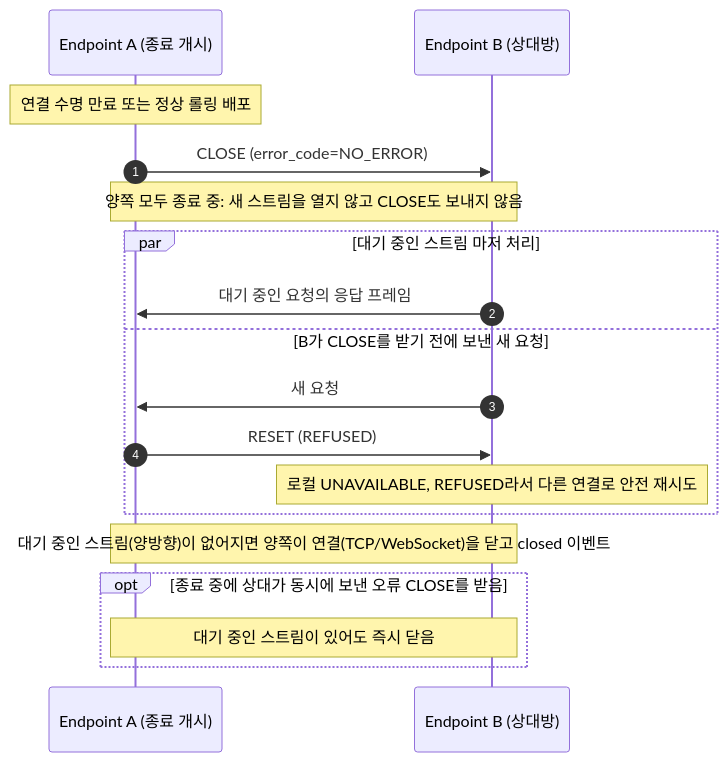
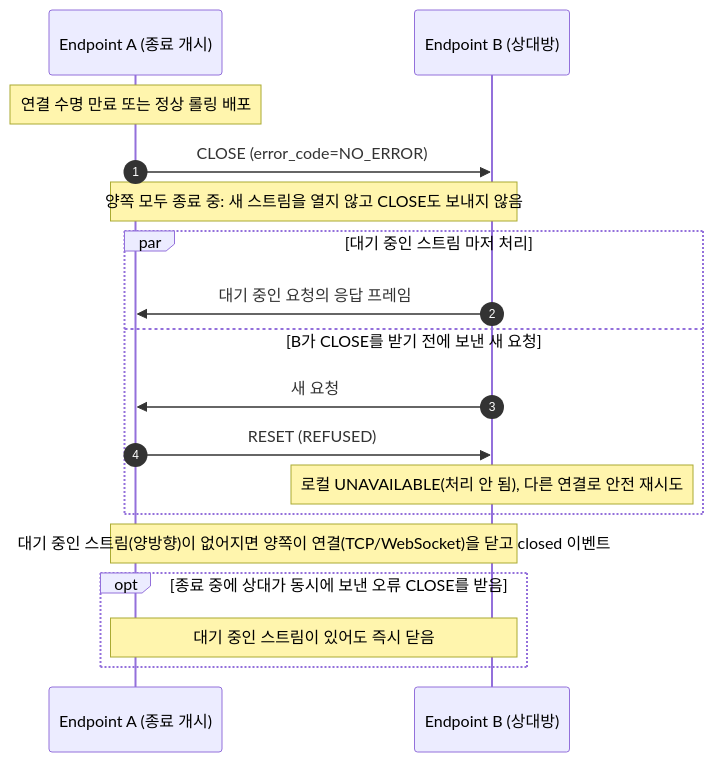
Before and after one commit to ppzxc/strand: the second of 3 diagrams in docs/specification/STRAND_SPECIFICATION.md, drawn with Mermaid. The commit also changed other lines of this file and 14 other files, not shown here.

````diff
--- a/docs/specification/STRAND_SPECIFICATION.md
+++ b/docs/specification/STRAND_SPECIFICATION.md
@@ -416,25 +417,25 @@
 ```mermaid
 sequenceDiagram
     autonumber
     participant A as Endpoint A (종료 개시)
     participant B as Endpoint B (상대방)
 
     Note over A: 연결 수명 만료 또는 정상 롤링 배포
     A->>B: CLOSE (error_code=NO_ERROR)
 
     Note over A,B: 양쪽 모두 종료 중: 새 스트림을 열지 않고 CLOSE도 보내지 않음
 
     par 대기 중인 스트림 마저 처리
         B->>A: 대기 중인 요청의 응답 프레임
     and B가 CLOSE를 받기 전에 보낸 새 요청
         B->>A: 새 요청
         A->>B: RESET (REFUSED)
-        Note over B: 로컬 UNAVAILABLE, REFUSED라서 다른 연결로 안전 재시도
+        Note over B: 로컬 UNAVAILABLE(처리 안 됨), 다른 연결로 안전 재시도
     end
 
     Note over A,B: 대기 중인 스트림(양방향)이 없어지면 양쪽이 연결(TCP/WebSocket)을 닫고 closed 이벤트
 
     opt 종료 중에 상대가 동시에 보낸 오류 CLOSE를 받음
         Note over A,B: 대기 중인 스트림이 있어도 즉시 닫음
     end
 ```
````
